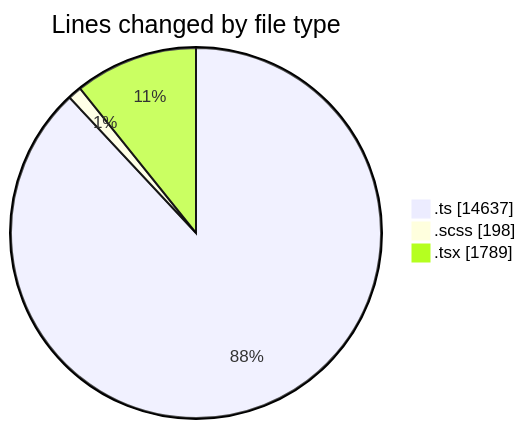
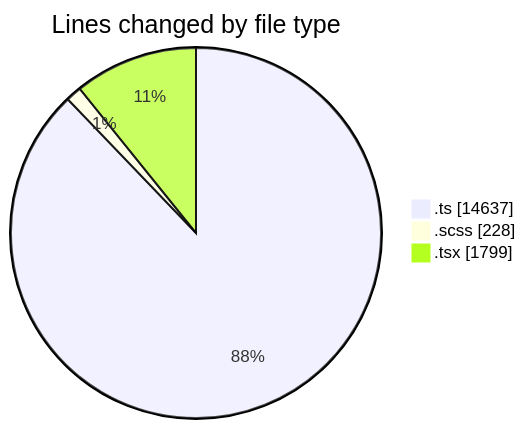
The first of 2 diagrams in 2025-08-27/cda/README.md (momahboobian/code-tracking), drawn with Mermaid before and after one commit. The commit also changed other lines of this file and 1 other file, not shown here.

````diff
--- a/2025-08-27/cda/README.md
+++ b/2025-08-27/cda/README.md
@@ -29,7 +29,7 @@
 ```mermaid
 pie showData
 title Lines changed by file type
 ".ts" : 14637
-".scss" : 198
-".tsx" : 1789
+".scss" : 228
+".tsx" : 1799
 ```
````
